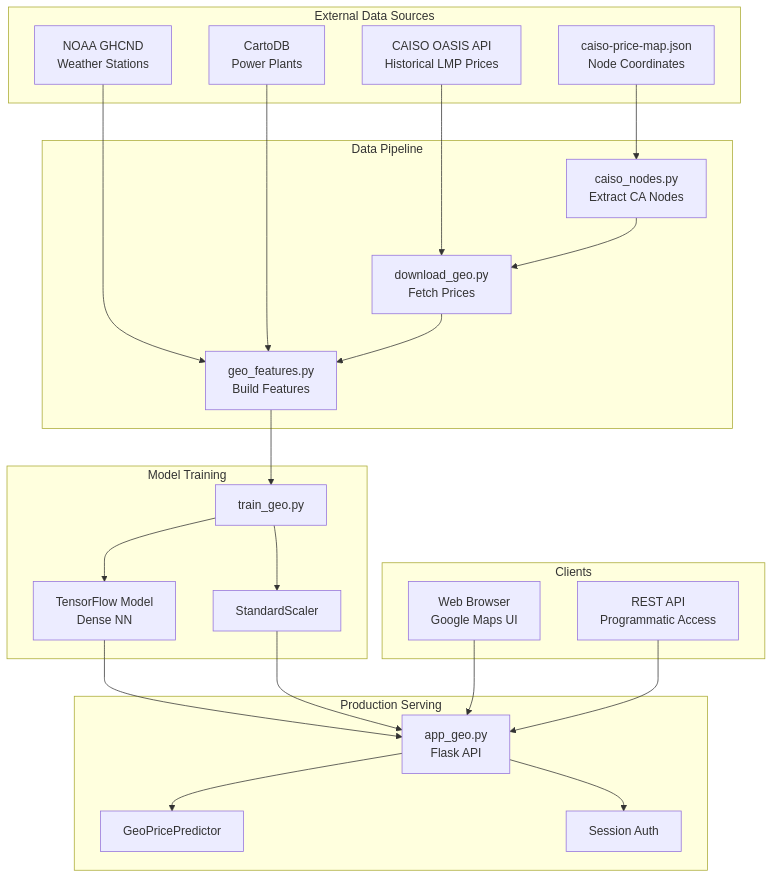
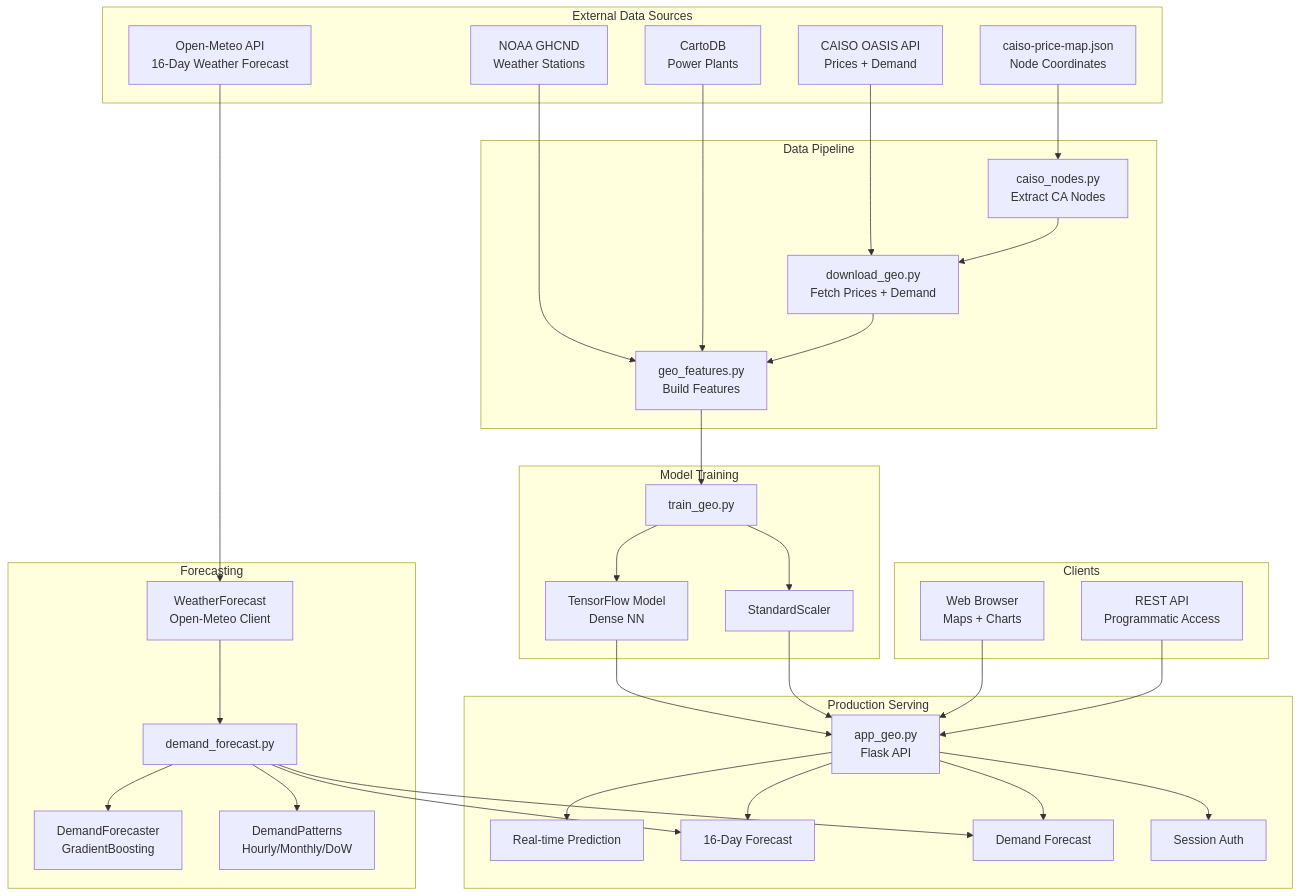
Before and after one commit to nicechester/smart-grid-prediction: the first of 15 diagrams in architecture.md, drawn with Mermaid. The commit also changed other lines of this file and 4 other files, not shown here.

````diff
--- a/architecture.md
+++ b/architecture.md
@@ -11,51 +16,70 @@
 ```mermaid
 flowchart TB
     subgraph External["External Data Sources"]
-        CAISO["CAISO OASIS API<br/>Historical LMP Prices"]
+        CAISO["CAISO OASIS API<br/>Prices + Demand"]
         NOAA["NOAA GHCND<br/>Weather Stations"]
         CartoDB["CartoDB<br/>Power Plants"]
         PriceMap["caiso-price-map.json<br/>Node Coordinates"]
+        OpenMeteo["Open-Meteo API<br/>16-Day Weather Forecast"]
     end
     
     subgraph Pipeline["Data Pipeline"]
-        Download["download_geo.py<br/>Fetch Prices"]
+        Download["download_geo.py<br/>Fetch Prices + Demand"]
         Extract["caiso_nodes.py<br/>Extract CA Nodes"]
         Features["geo_features.py<br/>Build Features"]
     end
     
     subgraph Training["Model Training"]
         TrainScript["train_geo.py"]
         TFModel["TensorFlow Model<br/>Dense NN"]
         Scaler["StandardScaler"]
     end
     
+    subgraph Forecast["Forecasting"]
+        DemandForecast["demand_forecast.py"]
+        WeatherFetch["WeatherForecast<br/>Open-Meteo Client"]
+        DemandModel["DemandForecaster<br/>GradientBoosting"]
+        Patterns["DemandPatterns<br/>Hourly/Monthly/DoW"]
+    end
+    
     subgraph Serving["Production Serving"]
         Flask["app_geo.py<br/>Flask API"]
-        Predict["GeoPricePredictor"]
+        Predict["Real-time Prediction"]
+        ForecastAPI["16-Day Forecast"]
+        DemandAPI["Demand Forecast"]
         Login["Session Auth"]
     end
     
     subgraph Clients["Clients"]
-        Browser["Web Browser<br/>Google Maps UI"]
+        Browser["Web Browser<br/>Maps + Charts"]
         REST["REST API<br/>Programmatic Access"]
     end
     
     CAISO --> Download
     PriceMap --> Extract
     Extract --> Download
     NOAA --> Features
     CartoDB --> Features
     Download --> Features
     
     Features --> TrainScript
     TrainScript --> TFModel
     TrainScript --> Scaler
     
     TFModel --> Flask
     Scaler --> Flask
     Flask --> Predict
+    Flask --> ForecastAPI
+    Flask --> DemandAPI
     Flask --> Login
+    
+    OpenMeteo --> WeatherFetch
+    WeatherFetch --> DemandForecast
+    DemandForecast --> DemandModel
+    DemandForecast --> Patterns
+    DemandForecast --> ForecastAPI
+    DemandForecast --> DemandAPI
     
     Browser --> Flask
     REST --> Flask
 ```
````
